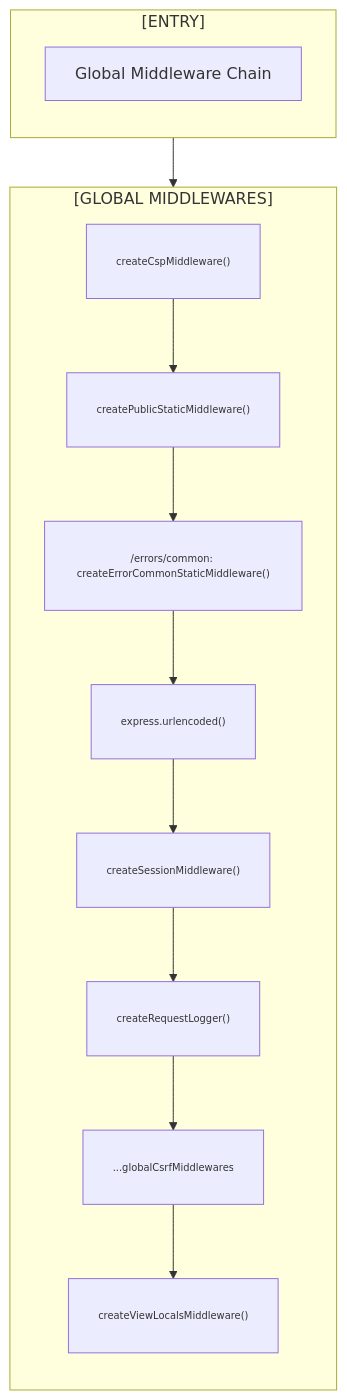
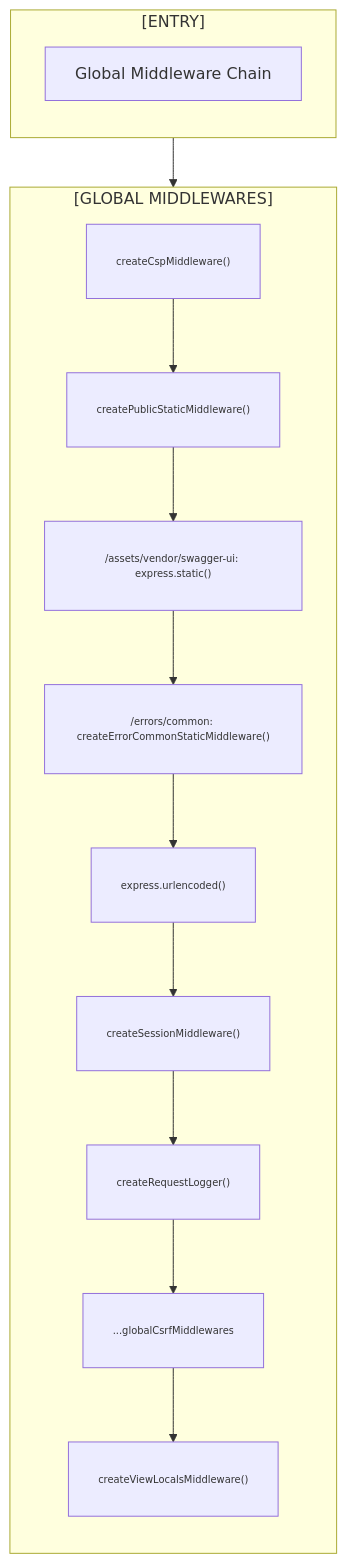
The diagram in docs/flowmap/global-middlewares.mmd (irondenker/my-code-my-kill), drawn with Mermaid before and after one commit. The commit also changed 15 other files, not shown here.

Commit message:
✨ Feat: Harden csp headers and serve swagger assets locally

```diff
--- a/docs/flowmap/global-middlewares.mmd
+++ b/docs/flowmap/global-middlewares.mmd
@@ -1,26 +1,28 @@
 flowchart TD
 subgraph ENTRY_BLOCK["[ENTRY]"]
 direction TB
 ENTRY["Global Middleware Chain"]
 end
 subgraph GLOBAL_MIDDLEWARES["[GLOBAL MIDDLEWARES]"]
 direction TB
 GMW1["createCspMiddleware()"]
 GMW2["createPublicStaticMiddleware()"]
-GMW3["/errors/common: createErrorCommonStaticMiddleware()"]
-GMW4["express.urlencoded()"]
-GMW5["createSessionMiddleware()"]
-GMW6["createRequestLogger()"]
-GMW7["...globalCsrfMiddlewares"]
-GMW8["createViewLocalsMiddleware()"]
+GMW3["/assets/vendor/swagger-ui: express.static()"]
+GMW4["/errors/common: createErrorCommonStaticMiddleware()"]
+GMW5["express.urlencoded()"]
+GMW6["createSessionMiddleware()"]
+GMW7["createRequestLogger()"]
+GMW8["...globalCsrfMiddlewares"]
+GMW9["createViewLocalsMiddleware()"]
 end
 ENTRY --> GMW1
 GMW1 --> GMW2
 GMW2 --> GMW3
 GMW3 --> GMW4
 GMW4 --> GMW5
 GMW5 --> GMW6
 GMW6 --> GMW7
 GMW7 --> GMW8
+GMW8 --> GMW9
 classDef middleware font-size:10px,padding:2px,stroke-width:1;
-class GMW1,GMW2,GMW3,GMW4,GMW5,GMW6,GMW7,GMW8 middleware;
+class GMW1,GMW2,GMW3,GMW4,GMW5,GMW6,GMW7,GMW8,GMW9 middleware;
```
